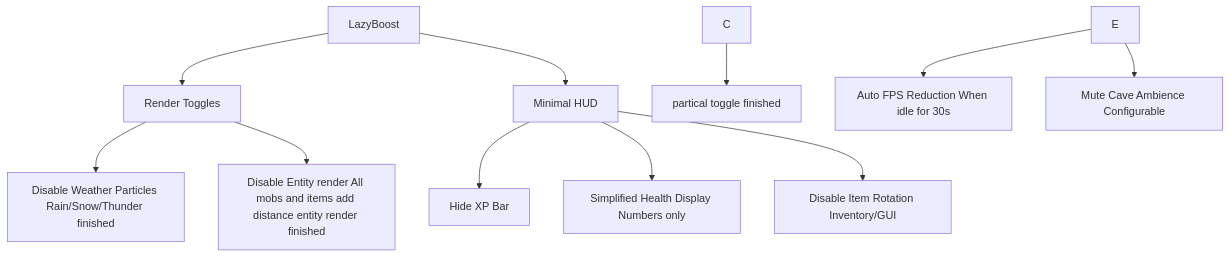
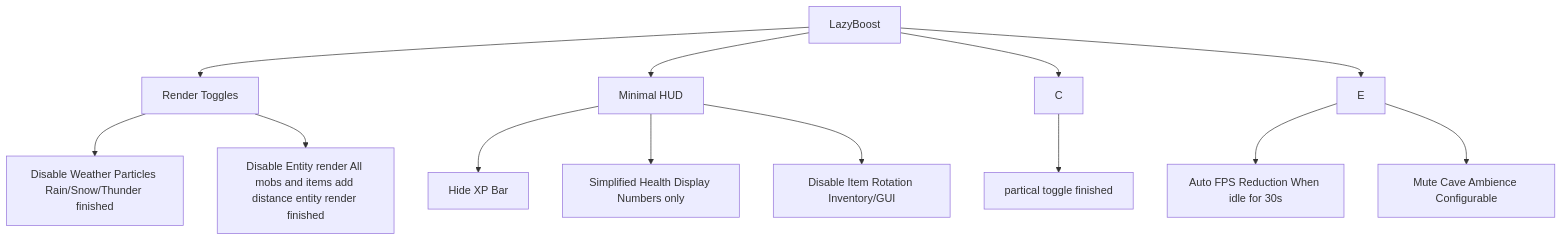
Before and after one commit to zhengzhengyiyi/lazyboost-render: the diagram in README.md, drawn with Mermaid.

````diff
--- a/README.md
+++ b/README.md
@@ -1,23 +1,27 @@
 ```mermaid
 flowchart TD
     A[LazyBoost] --> B[Render Toggles]
 
     A --> D[Minimal HUD]
 
     B --> B1[Disable Weather Particles Rain/Snow/Thunder finished]
 
     B --> B2[Disable Entity render All mobs and items add distance entity render finished]
+
+    A --> C
+
+    A --> E
 
     C --> C1[partical toggle finished]
 
     D --> D1[Hide XP Bar]
 
     D --> D2[Simplified Health Display Numbers only]
 
     D --> D3[Disable Item Rotation Inventory/GUI]
 
     E --> E1[Auto FPS Reduction When idle for 30s]
 
     E --> E2[Mute Cave Ambience Configurable]
 
 ```
````
